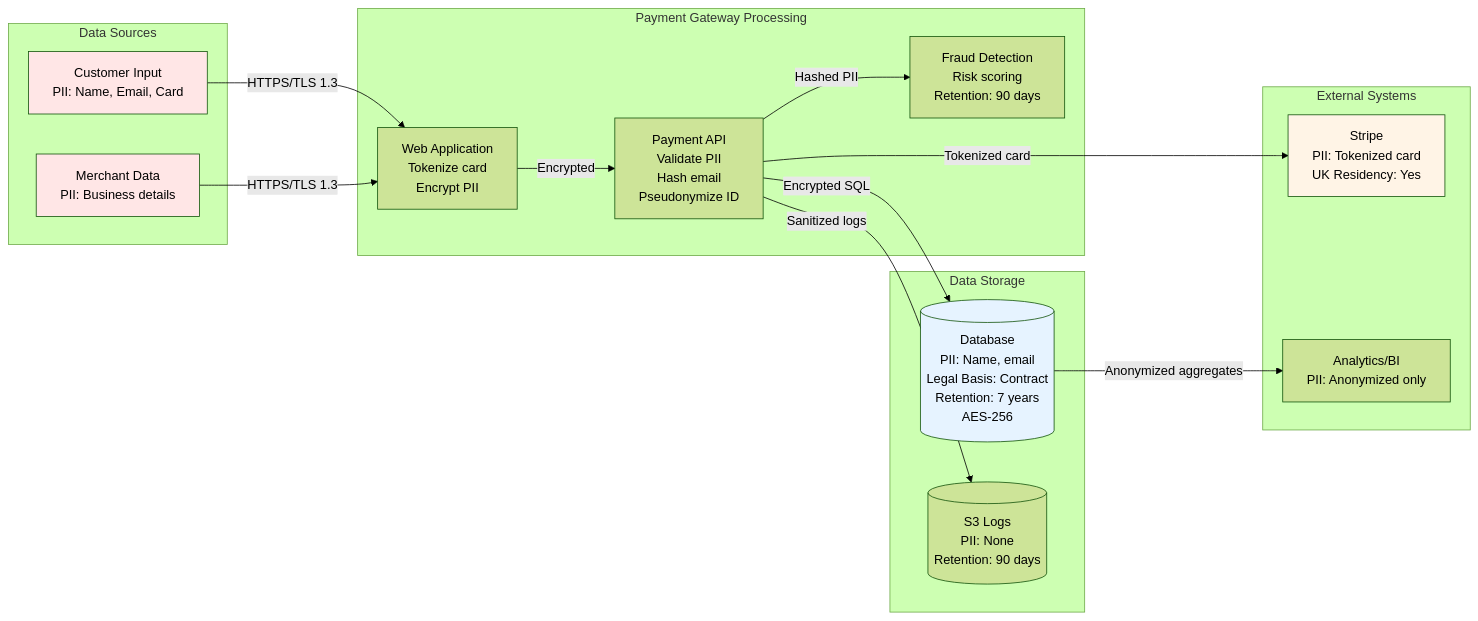
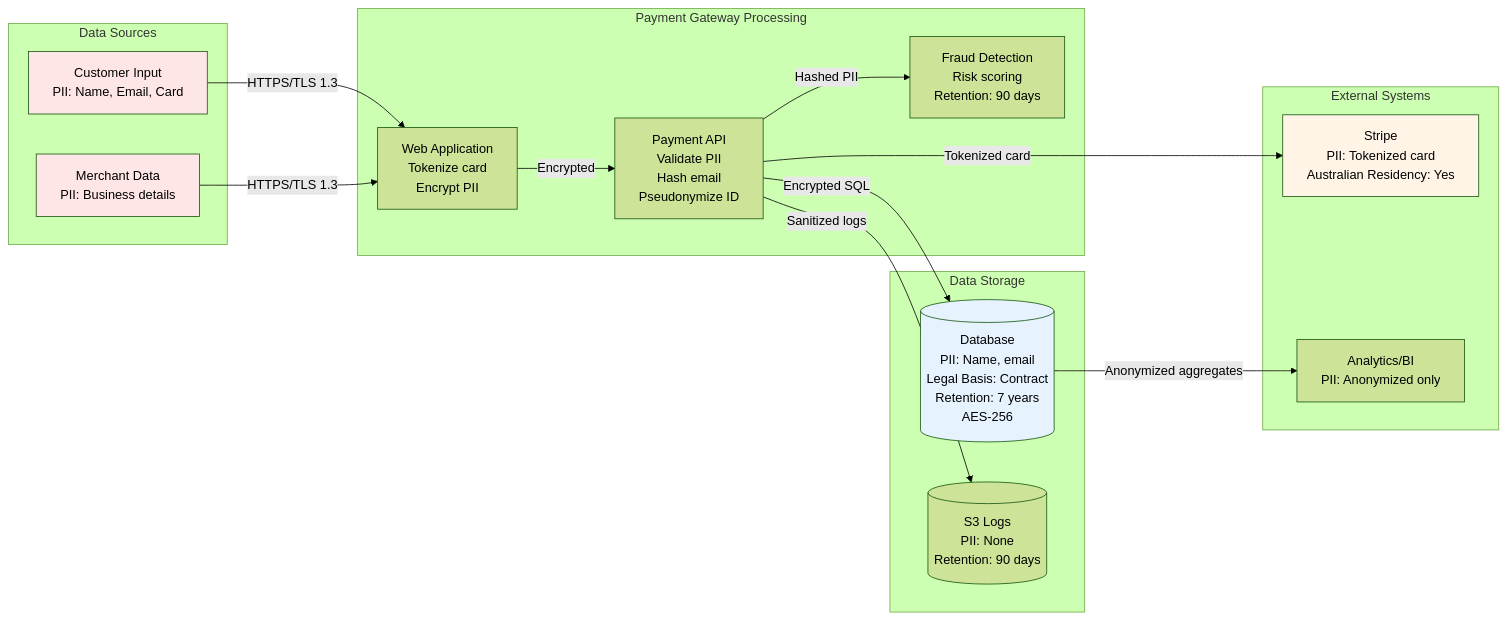
Before and after one commit to GuyRus/arc-kit: the sixth of 6 diagrams in arckit-plugin/commands/diagram.md, drawn with Mermaid (forest theme). The commit also changed other lines of this file and 34 other files, not shown here.

````diff
--- a/arckit-plugin/commands/diagram.md
+++ b/arckit-plugin/commands/diagram.md
@@ -372,37 +372,37 @@
 ```mermaid
 flowchart LR
     subgraph Sources["Data Sources"]
         Customer["Customer Input<br/>PII: Name, Email, Card"]
         Merchant["Merchant Data<br/>PII: Business details"]
     end
 
     subgraph Processing["Payment Gateway Processing"]
         WebApp["Web Application<br/>Tokenize card<br/>Encrypt PII"]
         API["Payment API<br/>Validate PII<br/>Hash email<br/>Pseudonymize ID"]
         Fraud["Fraud Detection<br/>Risk scoring<br/>Retention: 90 days"]
     end
 
     subgraph Storage["Data Storage"]
         Database[("Database<br/>PII: Name, email<br/>Legal Basis: Contract<br/>Retention: 7 years<br/>AES-256")]
         LogStorage[("S3 Logs<br/>PII: None<br/>Retention: 90 days")]
     end
 
     subgraph External["External Systems"]
-        Stripe["Stripe<br/>PII: Tokenized card<br/>UK Residency: Yes"]
+        Stripe["Stripe<br/>PII: Tokenized card<br/>Australian Residency: Yes"]
         BI["Analytics/BI<br/>PII: Anonymized only"]
     end
 
     Customer -->|HTTPS/TLS 1.3| WebApp
     Merchant -->|HTTPS/TLS 1.3| WebApp
     WebApp -->|Encrypted| API
     API -->|Hashed PII| Fraud
     API -->|Encrypted SQL| Database
     API -->|Sanitized logs| LogStorage
     API -->|Tokenized card| Stripe
     Database -->|Anonymized aggregates| BI
 
     style Customer fill:#FFE6E6
     style Merchant fill:#FFE6E6
     style Database fill:#E6F3FF
     style Stripe fill:#FFF4E6
 ```
````
